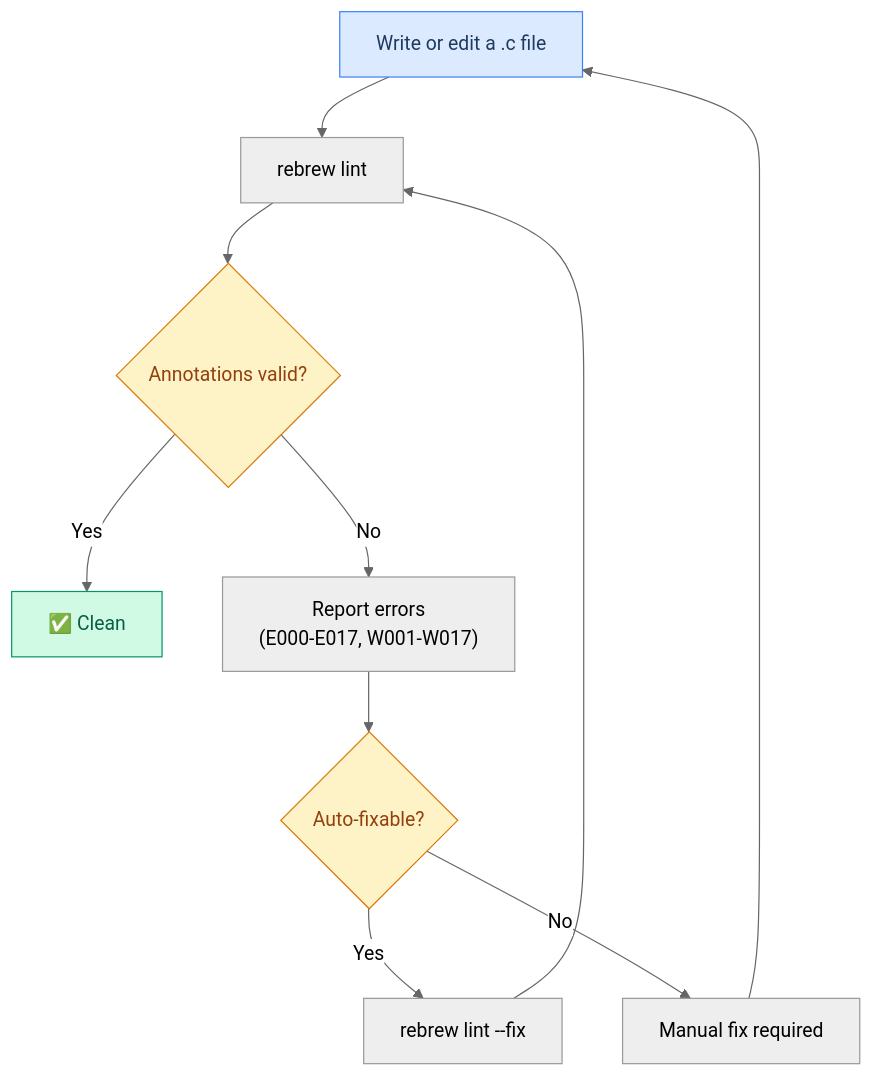
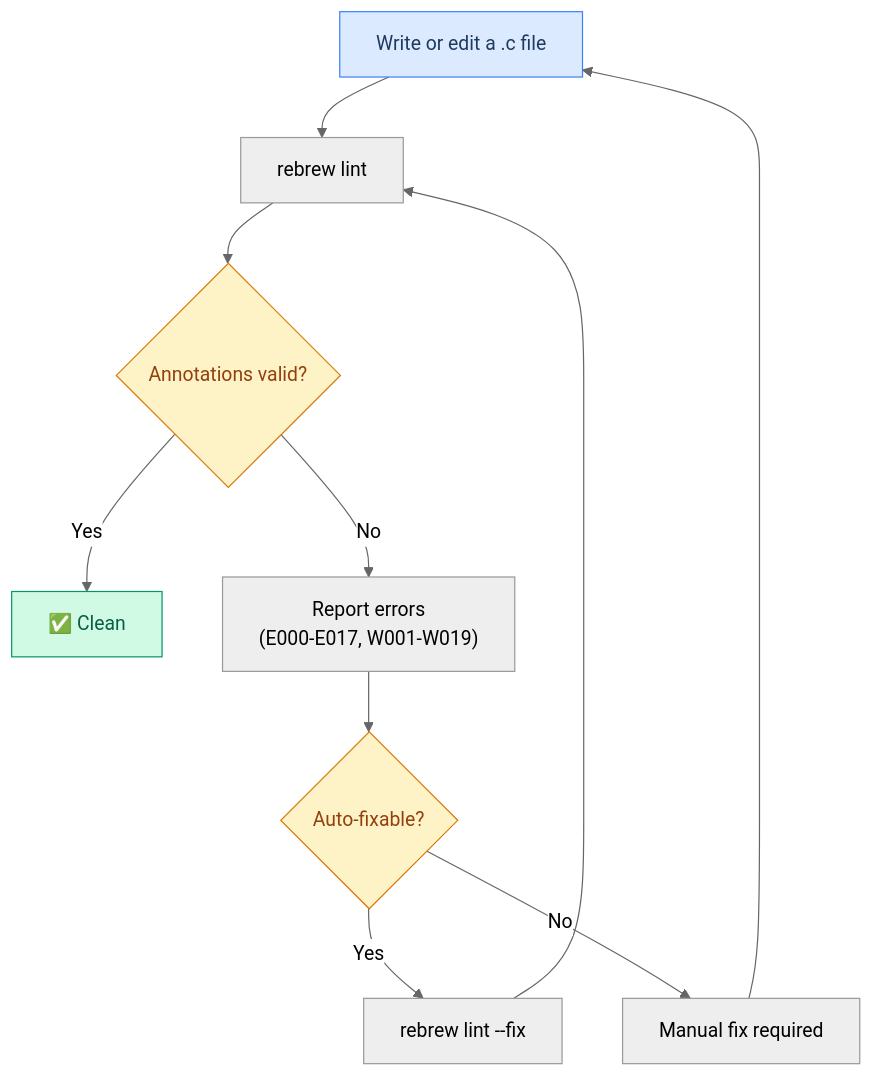
Diagram 12 of 16 in docs/USER_STORIES.md (maci0/rebrew), drawn with Mermaid (neutral theme) before and after one commit. The commit also changed other lines of this file and 3 other files, not shown here.

````diff
--- a/docs/USER_STORIES.md
+++ b/docs/USER_STORIES.md
@@ -401,17 +401,17 @@
 ```mermaid
 graph TD
     A["Write or edit a .c file"] --> B["rebrew lint"]
     B --> C{"Annotations valid?"}
     C -->|Yes| D["✅ Clean"]
-    C -->|No| E["Report errors<br/>(E000-E017, W001-W017)"]
+    C -->|No| E["Report errors<br/>(E000-E017, W001-W019)"]
     E --> F{"Auto-fixable?"}
     F -->|Yes| G["rebrew lint --fix"]
     G --> B
     F -->|No| H["Manual fix required"]
     H --> A
 
     style A fill:#dbeafe,stroke:#3b82f6,color:#1e3a5f
     style D fill:#d1fae5,stroke:#059669,color:#065f46
     style C fill:#fef3c7,stroke:#d97706,color:#92400e
     style F fill:#fef3c7,stroke:#d97706,color:#92400e
 ```
````
